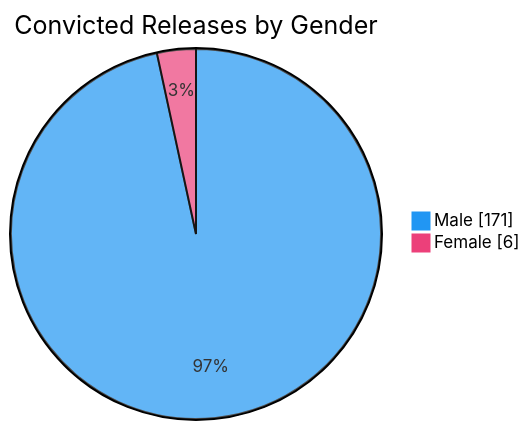
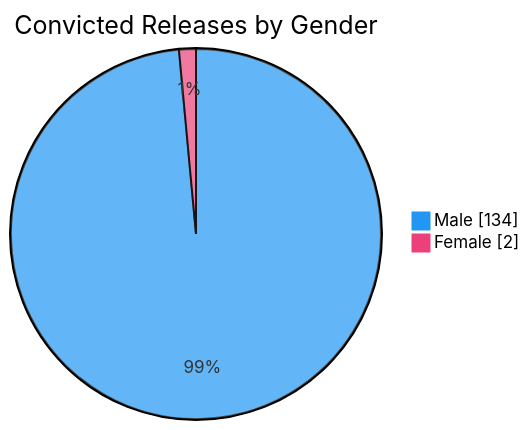
The sixth of 7 diagrams in README.md (nuuuwan/lk_prisons), drawn with Mermaid before and after one commit. The commit also changed other lines of this file and 1 other file, not shown here.

````diff
--- a/README.md
+++ b/README.md
@@ -98,6 +98,6 @@
 ```mermaid
 %%{init: {'themeVariables': {'pie1': '#2196F3', 'pie2': '#EC407A'}}}%%
 pie showData title Convicted Releases by Gender
-    "Male" : 171
-    "Female" : 6
+    "Male" : 134
+    "Female" : 2
 ```
````
